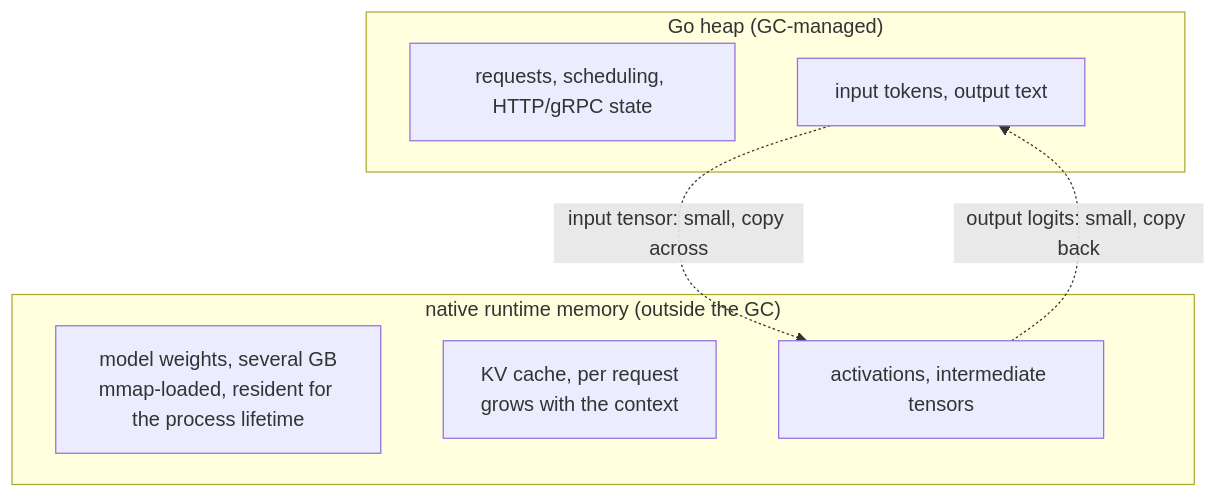
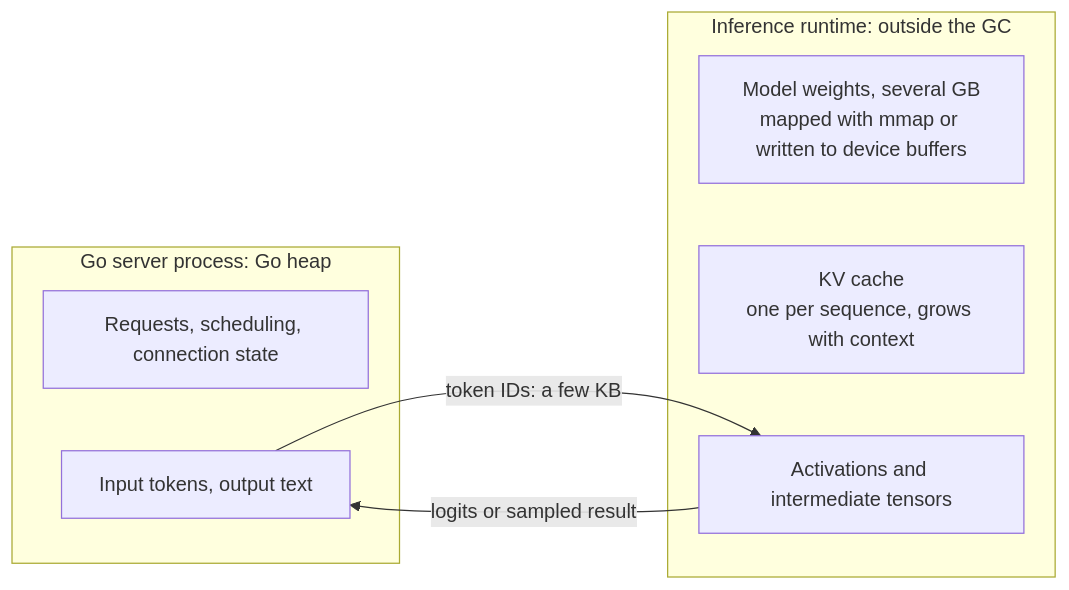
Before and after one commit to golang-design/under-the-hood: the diagram in book/en-us/part6hetero/ch20inference/runtime.md, drawn with Mermaid. The commit also changed other lines of this file and 18 other files, not shown here.

````diff
--- a/book/en-us/part6hetero/ch20inference/runtime.md
+++ b/book/en-us/part6hetero/ch20inference/runtime.md
@@ -67,14 +80,14 @@
 ```mermaid
-flowchart TB
-    subgraph go["Go heap (GC-managed)"]
-        req["requests, scheduling, HTTP/gRPC state"]
-        tok["input tokens, output text"]
+flowchart LR
+    subgraph go["Go server process: Go heap"]
+        req["Requests, scheduling, connection state"]
+        tok["Input tokens, output text"]
     end
-    subgraph native["native runtime memory (outside the GC)"]
-        weights["model weights, several GB<br/>mmap-loaded, resident for the process lifetime"]
-        kv["KV cache, per request<br/>grows with the context"]
-        act["activations, intermediate tensors"]
+    subgraph native["Inference runtime: outside the GC"]
+        weights["Model weights, several GB<br/>mapped with mmap or written to device buffers"]
+        kv["KV cache<br/>one per sequence, grows with context"]
+        act["Activations and intermediate tensors"]
     end
-    tok -. "input tensor: small, copy across" .-> act
-    act -. "output logits: small, copy back" .-> tok
+    tok -- "token IDs: a few KB" --> act
+    act -- "logits or sampled result" --> tok
 ```
````
